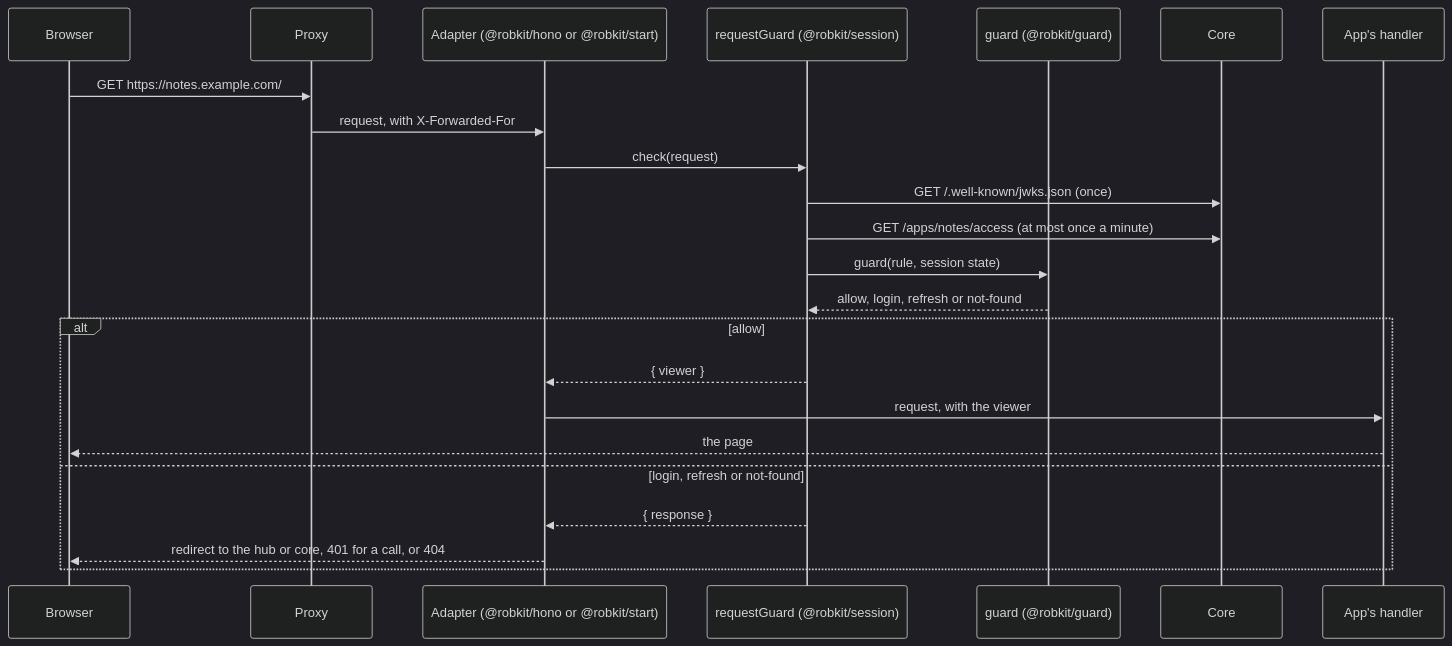
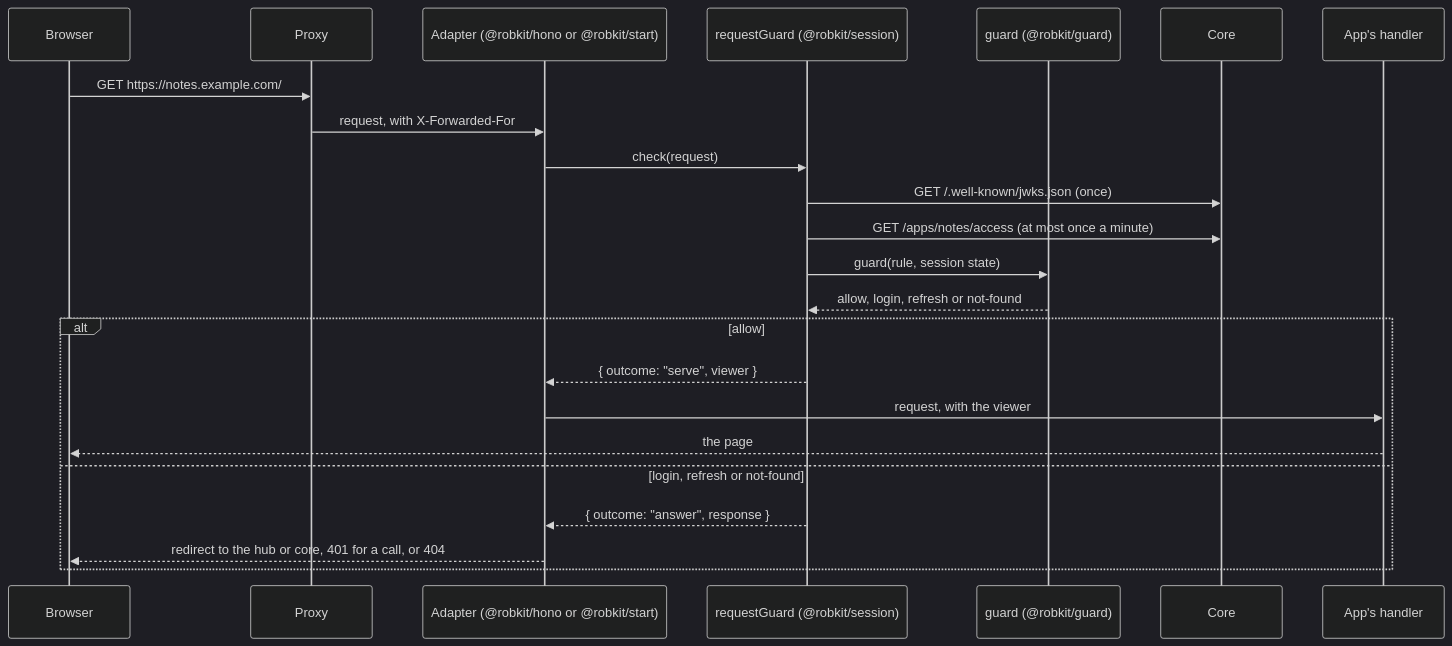
The second of 5 diagrams in docs/architecture.md (RobertScholey98/robkit), drawn with Mermaid (dark theme) before and after one commit. The commit also changed other lines of this file, not shown here.

First line of the commit message:
Bring architecture.md up to date with tickets 21 and 26

````diff
--- a/docs/architecture.md
+++ b/docs/architecture.md
@@ -37,26 +37,26 @@
 ```mermaid
 sequenceDiagram
   participant B as Browser
   participant P as Proxy
   participant A as Adapter (@robkit/hono or @robkit/start)
   participant R as requestGuard (@robkit/session)
   participant G as guard (@robkit/guard)
   participant C as Core
   participant H as App's handler
 
   B->>P: GET https://notes.example.com/
   P->>A: request, with X-Forwarded-For
   A->>R: check(request)
   R->>C: GET /.well-known/jwks.json (once)
   R->>C: GET /apps/notes/access (at most once a minute)
   R->>G: guard(rule, session state)
   G-->>R: allow, login, refresh or not-found
   alt allow
-    R-->>A: { viewer }
+    R-->>A: { outcome: "serve", viewer }
     A->>H: request, with the viewer
     H-->>B: the page
   else login, refresh or not-found
-    R-->>A: { response }
+    R-->>A: { outcome: "answer", response }
     A-->>B: redirect to the hub or core, 401 for a call, or 404
   end
 ```
````
